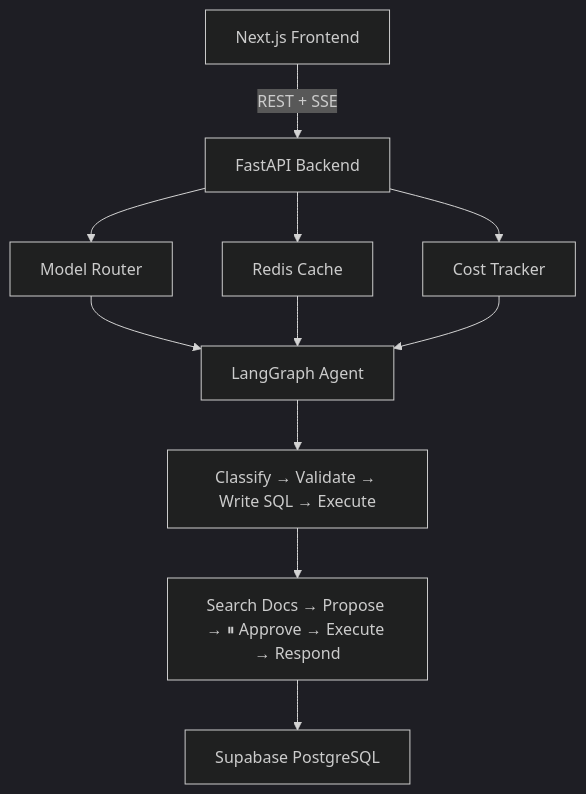
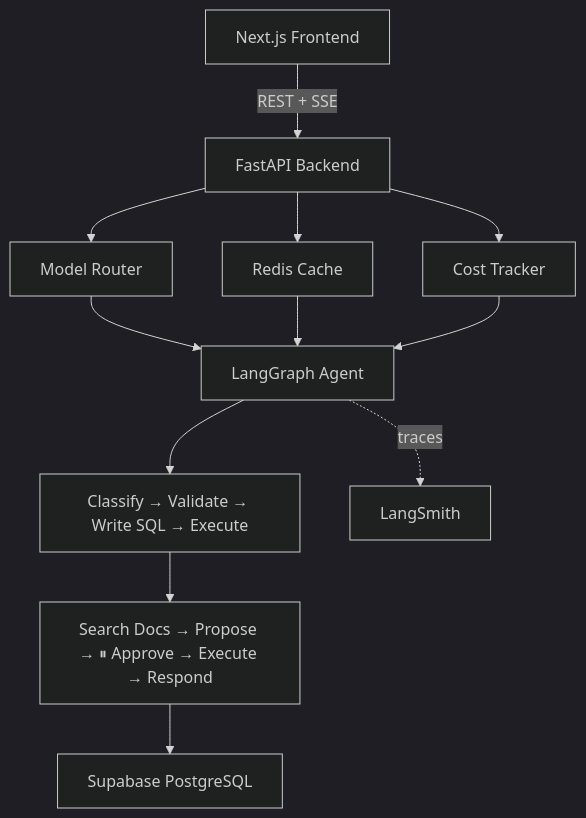
Before and after one commit to edycutjong/aegis: the diagram in README.md, drawn with Mermaid (dark theme).

Commit message:
docs: Add LangSmith tracing to the architecture diagram.

````diff
--- a/README.md
+++ b/README.md
@@ -21,11 +21,12 @@
 ```mermaid
 flowchart TD
     A["Next.js Frontend"] -- REST + SSE --> B["FastAPI Backend"]
     B --> C["Model Router"]
     B --> D["Redis Cache"]
     B --> E["Cost Tracker"]
     C & D & E --> F["LangGraph Agent"]
     F --> G["Classify → Validate → Write SQL → Execute"]
     G --> H["Search Docs → Propose → ⏸ Approve → Execute → Respond"]
     H --> I["Supabase PostgreSQL"]
+    F -. traces .-> J["LangSmith"]
 ```
````
